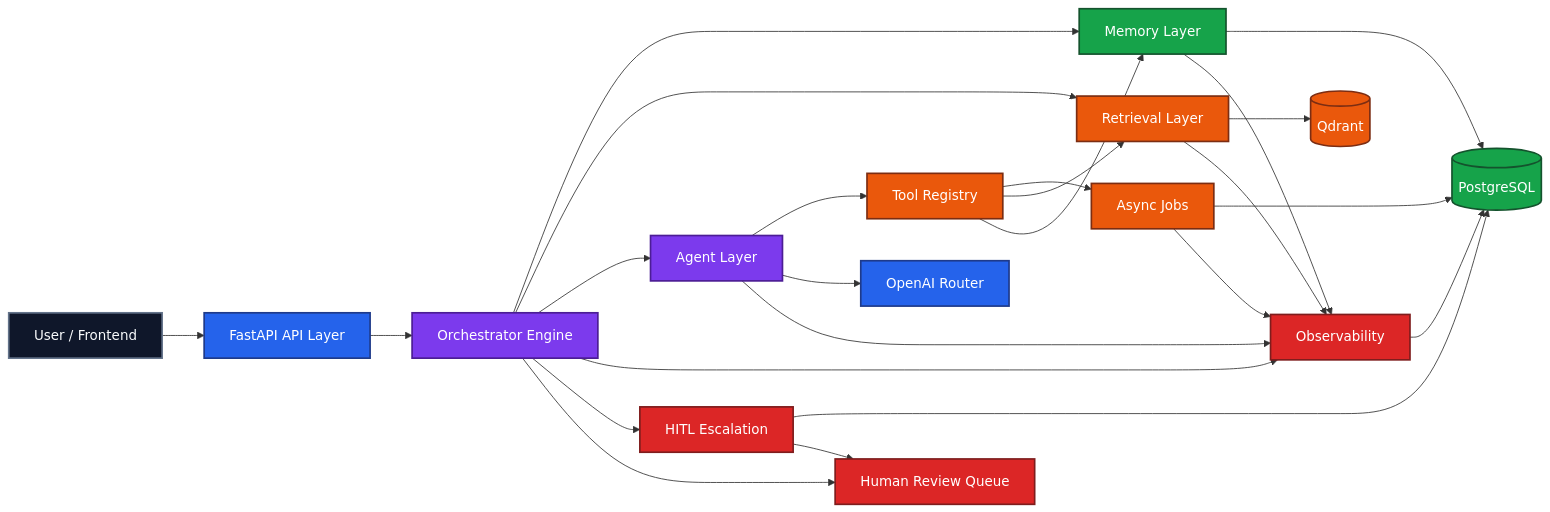
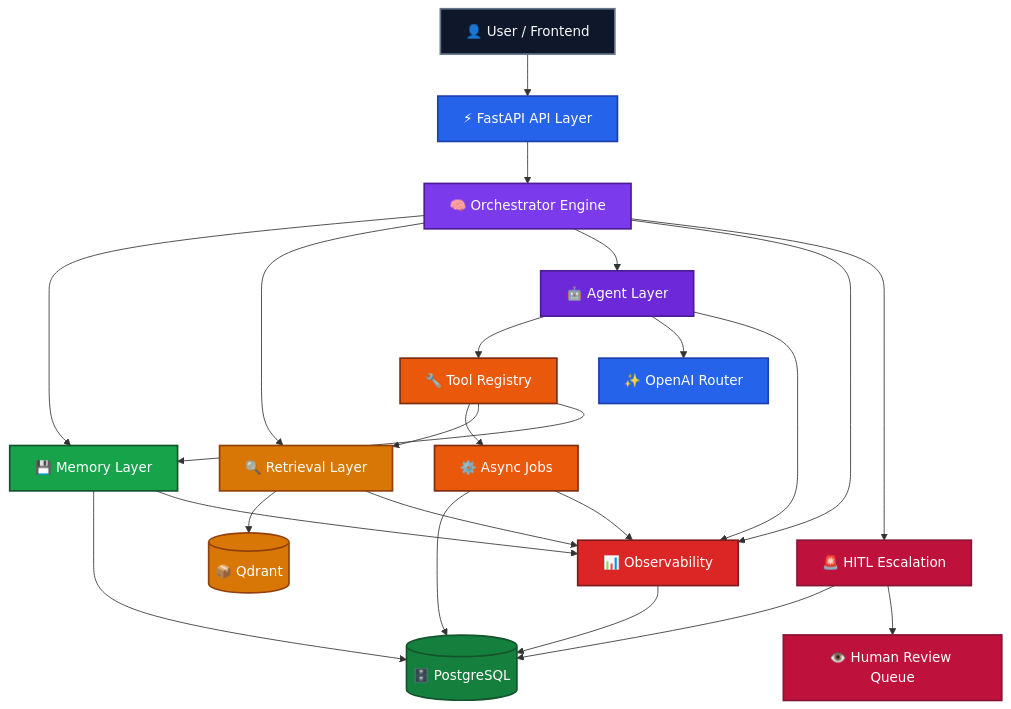
The diagram in README.md (zohair-azmat-ai/nexus-ai-orchestrator), drawn with Mermaid before and after one commit. The commit also changed other lines of this file, not shown here.

````diff
--- a/README.md
+++ b/README.md
@@ -139,43 +97,44 @@
 ```mermaid
-flowchart LR
-    U[User / Frontend] --> API[FastAPI API Layer]
-    API --> ORCH[Orchestrator Engine]
+flowchart TD
+    U["👤 User / Frontend"]:::user --> API["⚡ FastAPI API Layer"]:::api
 
-    ORCH --> MEM[Memory Layer]
-    ORCH --> RET[Retrieval Layer]
-    ORCH --> AGENTS[Agent Layer]
-    ORCH --> OBS[Observability]
-    ORCH --> HITL[HITL Escalation]
+    API --> ORCH["🧠 Orchestrator Engine"]:::orchestrator
 
-    MEM --> PG[(PostgreSQL)]
-    RET --> QD[(Qdrant)]
-    AGENTS --> TOOLS[Tool Registry]
-    AGENTS --> LLM[OpenAI Router]
-    TOOLS --> JOBS[Async Jobs]
+    ORCH --> MEM["💾 Memory Layer"]:::memory
+    ORCH --> RET["🔍 Retrieval Layer"]:::retrieval
+    ORCH --> AGENTS["🤖 Agent Layer"]:::agent
+    ORCH --> OBS["📊 Observability"]:::obs
+    ORCH --> HITL["🚨 HITL Escalation"]:::escalation
+
+    MEM --> PG[("🗄️ PostgreSQL")]:::db
+    RET --> QD[("📦 Qdrant")]:::retrieval
+
+    AGENTS --> TOOLS["🔧 Tool Registry"]:::tools
+    AGENTS --> LLM["✨ OpenAI Router"]:::api
+    AGENTS --> OBS
+
+    TOOLS --> JOBS["⚙️ Async Jobs"]:::tools
+    TOOLS --> RET
+    TOOLS --> MEM
+
     JOBS --> PG
     JOBS --> OBS
+
     OBS --> PG
     HITL --> PG
-    HITL --> REVIEW[Human Review Queue]
+    HITL --> REVIEW["👁️ Human Review Queue"]:::escalation
 
-    TOOLS --> RET
-    TOOLS --> MEM
-    AGENTS --> OBS
     RET --> OBS
     MEM --> OBS
-    ORCH --> REVIEW
 
-    classDef user fill:#0f172a,stroke:#64748b,color:#f8fafc,stroke-width:2px;
-    classDef api fill:#2563eb,stroke:#1e3a8a,color:#ffffff,stroke-width:2px;
-    classDef agent fill:#7c3aed,stroke:#4c1d95,color:#ffffff,stroke-width:2px;
-    classDef db fill:#16a34a,stroke:#14532d,color:#ffffff,stroke-width:2px;
-    classDef tools fill:#ea580c,stroke:#7c2d12,color:#ffffff,stroke-width:2px;
-    classDef obs fill:#dc2626,stroke:#7f1d1d,color:#ffffff,stroke-width:2px;
-
-    class U user;
-    class API,LLM api;
-    class ORCH,AGENTS agent;
-    class MEM,PG db;
-    class RET,QD,TOOLS,JOBS tools;
-    class OBS,HITL,REVIEW obs;
+    classDef user        fill:#0f172a,stroke:#64748b,color:#f8fafc,stroke-width:2px;
+    classDef api         fill:#2563eb,stroke:#1e40af,color:#ffffff,stroke-width:2px;
+    classDef orchestrator fill:#7c3aed,stroke:#4c1d95,color:#ffffff,stroke-width:2px;
+    classDef agent       fill:#6d28d9,stroke:#4c1d95,color:#ffffff,stroke-width:2px;
+    classDef memory      fill:#16a34a,stroke:#14532d,color:#ffffff,stroke-width:2px;
+    classDef db          fill:#15803d,stroke:#14532d,color:#ffffff,stroke-width:2px;
+    classDef retrieval   fill:#d97706,stroke:#92400e,color:#ffffff,stroke-width:2px;
+    classDef tools       fill:#ea580c,stroke:#7c2d12,color:#ffffff,stroke-width:2px;
+    classDef obs         fill:#dc2626,stroke:#7f1d1d,color:#ffffff,stroke-width:2px;
+    classDef escalation  fill:#be123c,stroke:#881337,color:#ffffff,stroke-width:2px;
 ```
````
